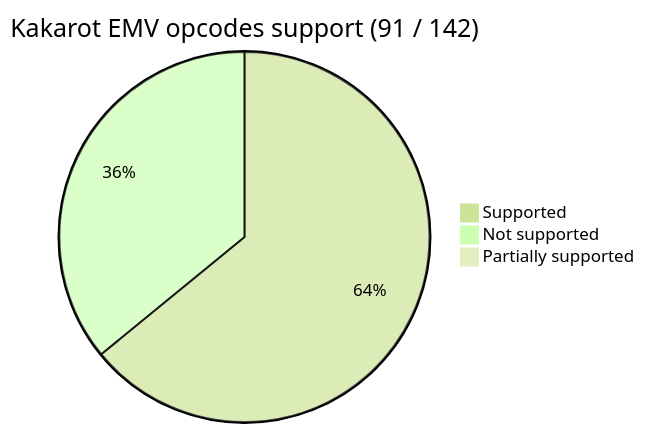
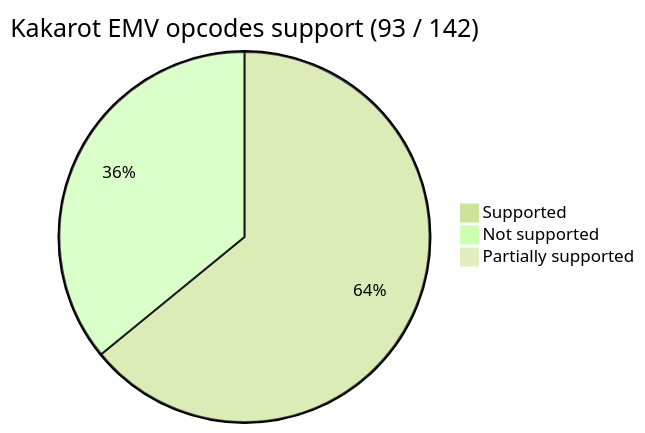
The first of 2 diagrams in README.md (kkrt-labs/kakarot), drawn with Mermaid before and after one commit. The commit also changed 2 other files, not shown here.

Commit message:
:memo: Update supported opcodes

````diff
--- a/README.md
+++ b/README.md
@@ -40,8 +40,8 @@
 ```mermaid
 %%{init: {'theme': 'forest', 'themeVariables': { 'darkMode': 'false'}}}%%
-pie title Kakarot EMV opcodes support (91 / 142)
+pie title Kakarot EMV opcodes support (93 / 142)
     "Supported" : 91
     "Not supported" : 51
 
     "Partially supported" : 0
 ```
````
